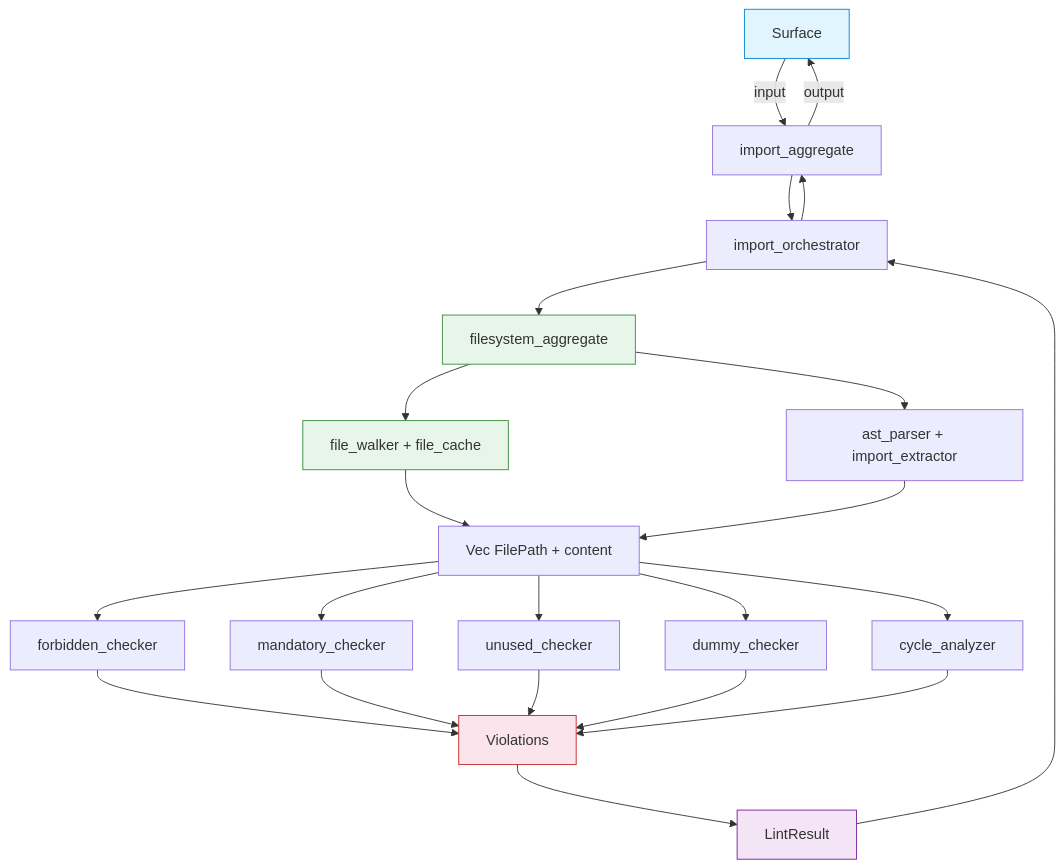
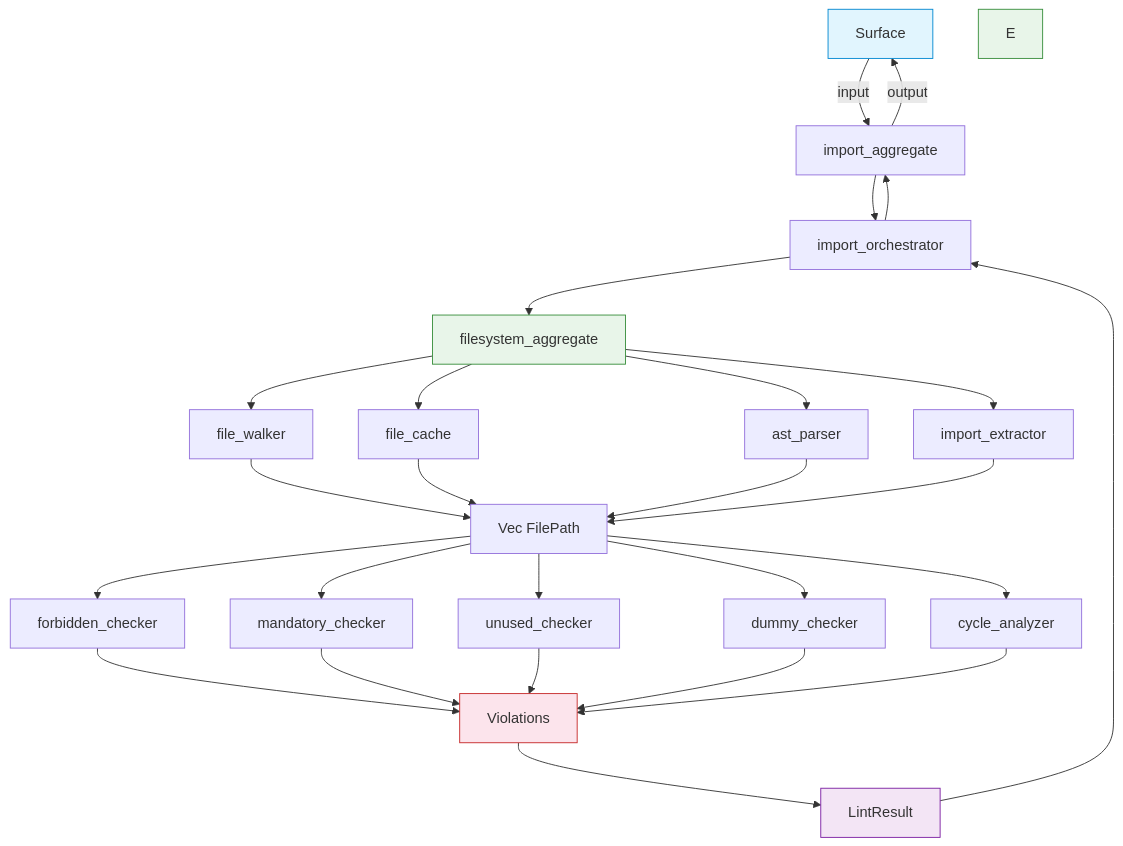
The diagram in crates/import-rules/FRD.md (rakaarwaky/lint-arwaky), drawn with Mermaid before and after one commit. The commit also changed 3 other files, not shown here.

First line of the commit message:
docs: mermaid nodes — each capability as separate node

````diff
--- a/crates/import-rules/FRD.md
+++ b/crates/import-rules/FRD.md
@@ -9,30 +9,34 @@
 ```mermaid
 flowchart TD
     A["Surface"] -->|input| B["import_aggregate"]
     B --> C["import_orchestrator"]
     C --> D["filesystem_aggregate"]
-    D --> E["file_walker + file_cache"]
-    D --> F["ast_parser + import_extractor"]
-    E --> G["Vec FilePath + content"]
-    F --> G
+    D --> E1["file_walker"]
+    D --> E2["file_cache"]
+    D --> F1["ast_parser"]
+    D --> F2["import_extractor"]
+    E1 --> G["Vec FilePath"]
+    E2 --> G
+    F1 --> G
+    F2 --> G
     G --> H1["forbidden_checker"]
     G --> H2["mandatory_checker"]
     G --> H3["unused_checker"]
     G --> H4["dummy_checker"]
     G --> H5["cycle_analyzer"]
     H1 --> I["Violations"]
     H2 --> I
     H3 --> I
     H4 --> I
     H5 --> I
     I --> J["LintResult"]
     J --> C
     C --> B
     B -->|output| A
 
     style A fill:#e1f5fe,stroke:#0288d1
     style D fill:#e8f5e9,stroke:#388e3c
     style E fill:#e8f5e9,stroke:#388e3c
     style I fill:#fce4ec,stroke:#c62828
     style J fill:#f3e5f5,stroke:#7b1fa2
 ```
````
